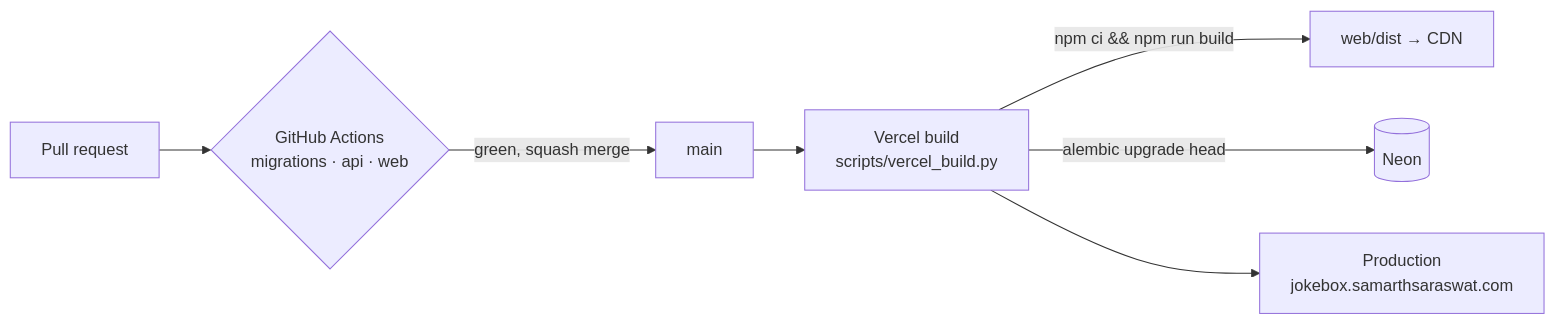
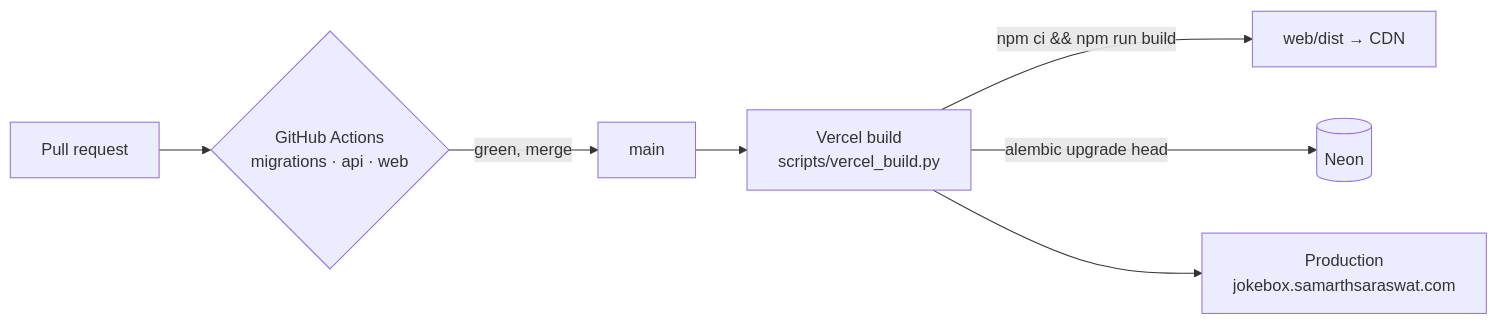
One commit to s-samarth/joke-box changed the fourth of 4 diagrams in docs/architecture.md. Above: the diagram before and after it, drawn with Mermaid. The commit also changed other lines of this file and 31 other files, not shown here.

````diff
--- a/docs/architecture.md
+++ b/docs/architecture.md
@@ -181,9 +182,9 @@
 ```mermaid
 flowchart LR
   PR[Pull request] --> CI{GitHub Actions<br/>migrations · api · web}
-  CI -->|green, squash merge| Main[main]
+  CI -->|green, merge| Main[main]
   Main --> Build["Vercel build<br/>scripts/vercel_build.py"]
   Build -->|"npm ci && npm run build"| Dist[web/dist → CDN]
   Build -->|"alembic upgrade head"| Neon[(Neon)]
   Build --> Prod[Production<br/>jokebox.samarthsaraswat.com]
 ```
````
